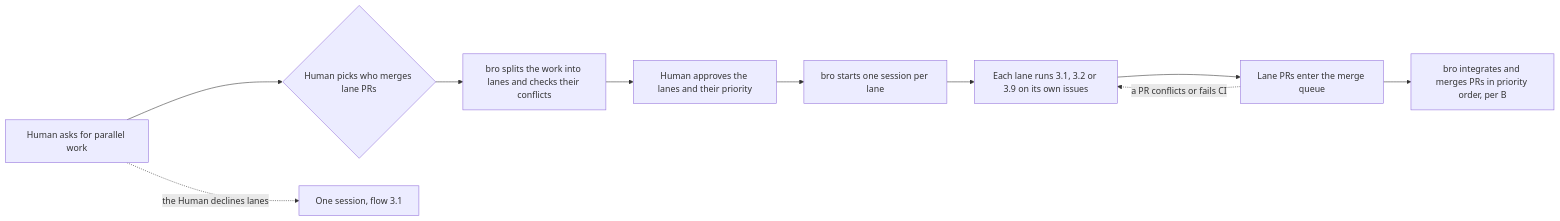
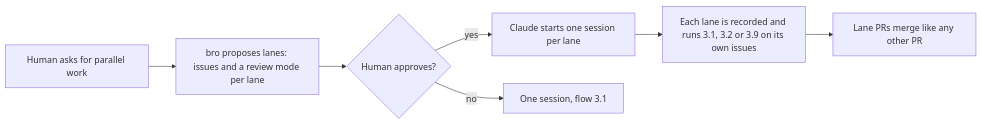
One commit to trustmybot/plugin changed diagram 12 of 19 in docs/architecture/FLOWS.md. Above: the diagram before and after it, drawn with Mermaid. The commit also changed other lines of this file and 5 other files, not shown here.

First line of the commit message:
📝 docs(architecture): lanes are a record, not a mechanism (GH 3024)

````diff
--- a/docs/architecture/FLOWS.md
+++ b/docs/architecture/FLOWS.md
@@ -175,12 +175,9 @@
 ```mermaid
 flowchart LR
-    A[Human asks for parallel work] --> B{Human picks who merges lane PRs}
-    B --> C[bro splits the work into lanes and checks their conflicts]
-    C --> D[Human approves the lanes and their priority]
-    D --> E[bro starts one session per lane]
-    E --> F[Each lane runs 3.1, 3.2 or 3.9 on its own issues]
-    F --> G[Lane PRs enter the merge queue]
-    G --> H[bro integrates and merges PRs in priority order, per B]
-    G -. a PR conflicts or fails CI .-> F
-    A -. the Human declines lanes .-> S[One session, flow 3.1]
+    A[Human asks for parallel work] --> C[bro proposes lanes: issues and a review mode per lane]
+    C --> D{Human approves?}
+    D -- yes --> E[Claude starts one session per lane]
+    E --> F[Each lane is recorded and runs 3.1, 3.2 or 3.9 on its own issues]
+    F --> G[Lane PRs merge like any other PR]
+    D -- no --> S[One session, flow 3.1]
 ```
````
